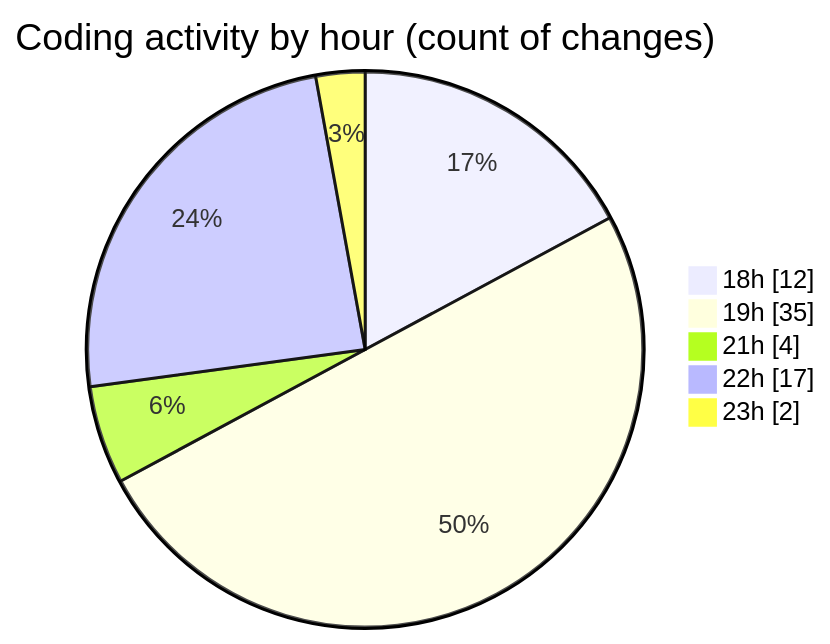
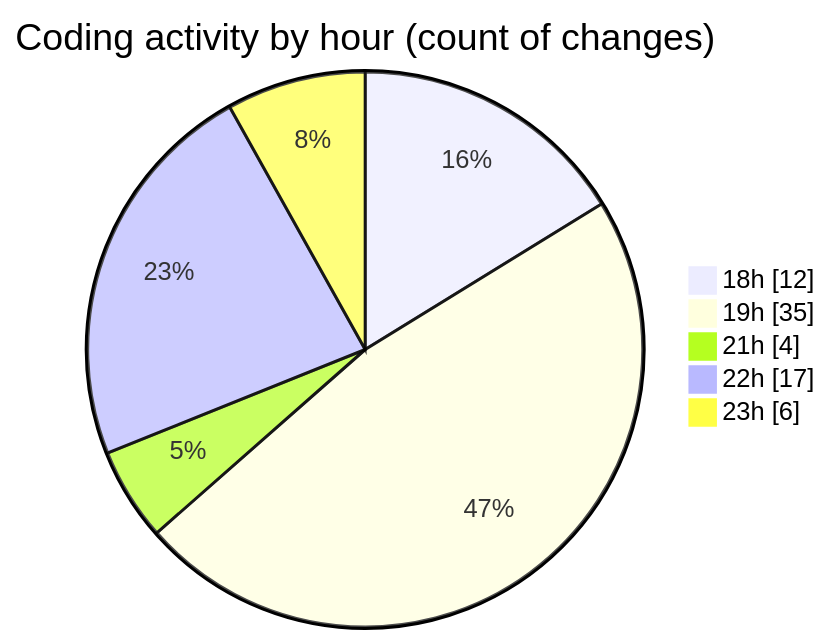
Before and after one commit to Elitesun/code-tracking: the second of 2 diagrams in 2025-05-15/laala_boost/README.md, drawn with Mermaid. The commit also changed other lines of this file and 1 other file, not shown here.

````diff
--- a/2025-05-15/laala_boost/README.md
+++ b/2025-05-15/laala_boost/README.md
@@ -50,9 +51,9 @@
 ```mermaid
 pie showData
 title Coding activity by hour (count of changes)
 "18h" : 12
 "19h" : 35
 "21h" : 4
 "22h" : 17
-"23h" : 2
+"23h" : 6
 ```
````
